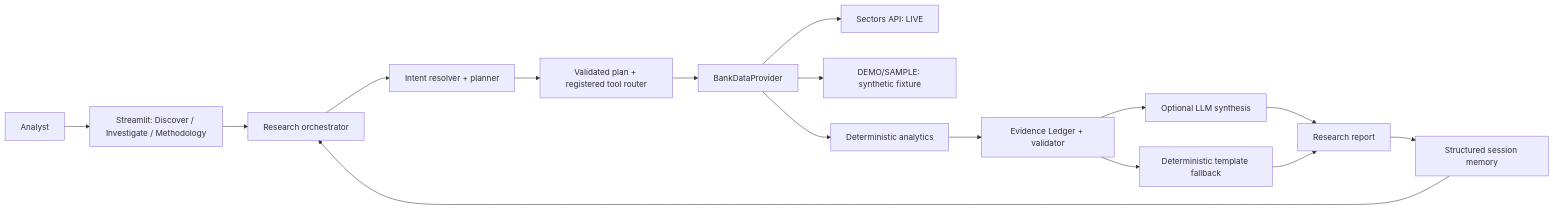
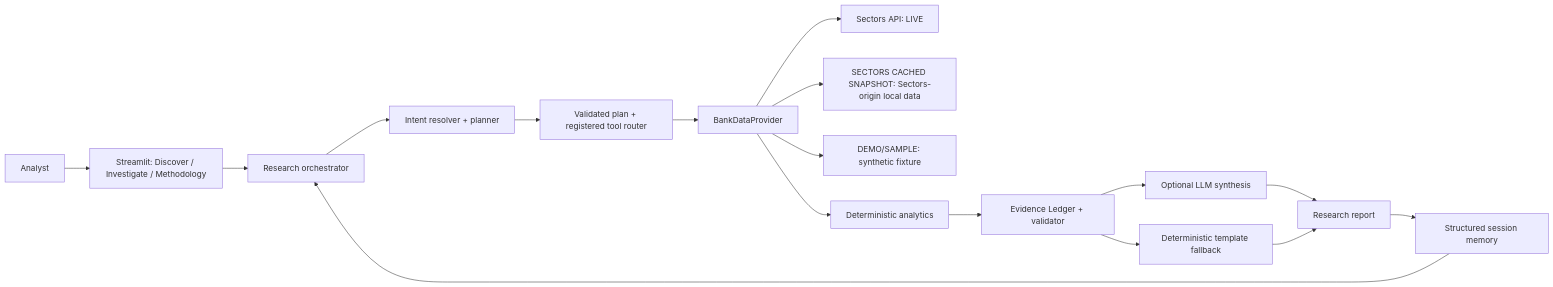
Before and after one commit to duleab/NUSA-INTELLIGENCE: the diagram in README.md, drawn with Mermaid. The commit also changed other lines of this file and 23 other files, not shown here.

````diff
--- a/README.md
+++ b/README.md
@@ -50,18 +52,19 @@
 ```mermaid
 flowchart LR
     Analyst --> UI[Streamlit: Discover / Investigate / Methodology]
     UI --> Agent[Research orchestrator]
     Agent --> Intent[Intent resolver + planner]
     Intent --> Router[Validated plan + registered tool router]
     Router --> Provider[BankDataProvider]
     Provider --> Sectors[Sectors API: LIVE]
+    Provider --> Snapshot[SECTORS CACHED SNAPSHOT: Sectors-origin local data]
     Provider --> Fixture[DEMO/SAMPLE: synthetic fixture]
     Provider --> Analytics[Deterministic analytics]
     Analytics --> Ledger[Evidence Ledger + validator]
     Ledger --> Synthesis[Optional LLM synthesis]
     Ledger --> Template[Deterministic template fallback]
     Synthesis --> Report[Research report]
     Template --> Report
     Report --> Memory[Structured session memory]
     Memory --> Agent
 ```
````
